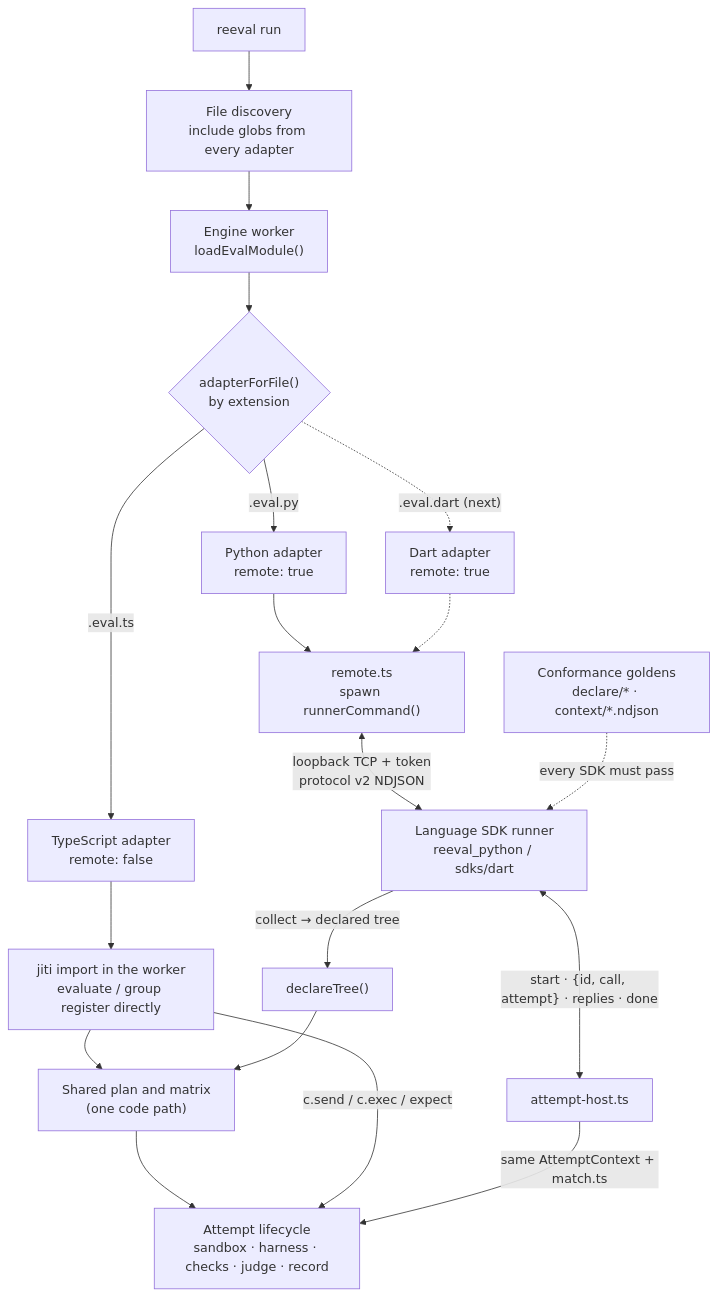
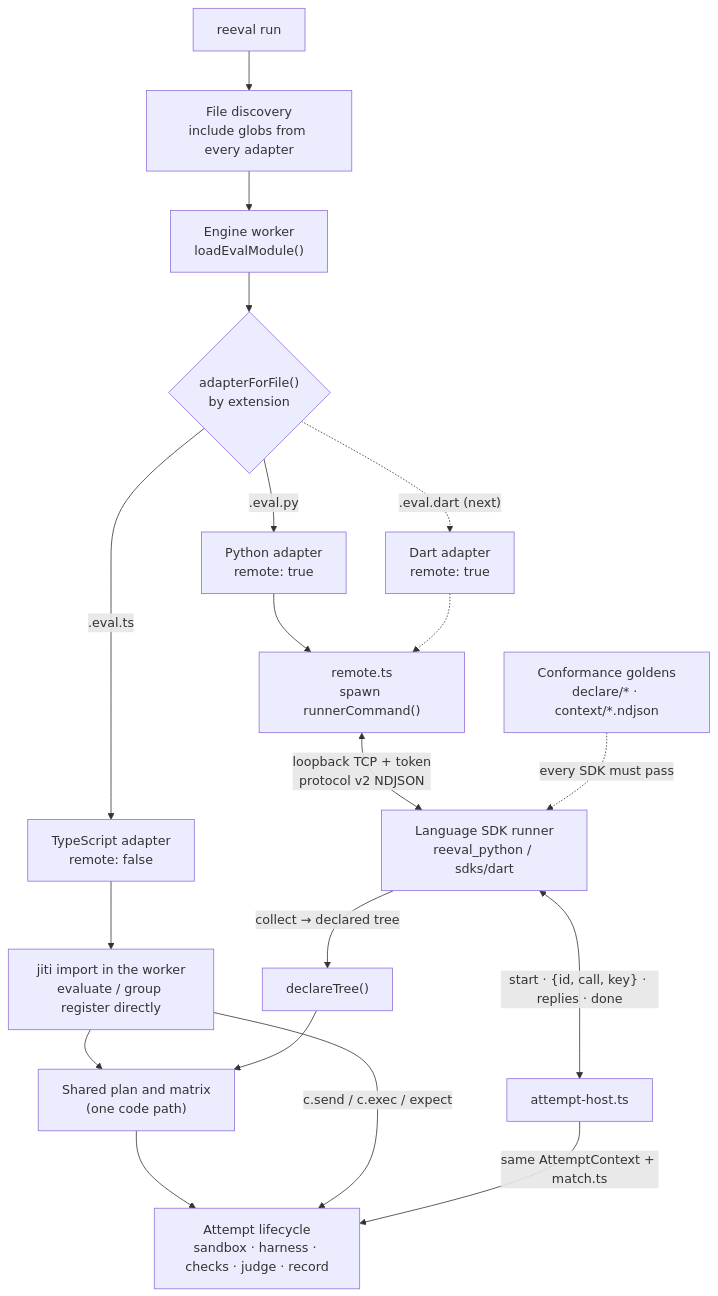
One commit to invertase/reeval changed the diagram in .agents/skills/add-a-language/SKILL.md. Above: the diagram before and after it, drawn with Mermaid. The commit also changed other lines of this file and 34 other files, not shown here.

````diff
--- a/.agents/skills/add-a-language/SKILL.md
+++ b/.agents/skills/add-a-language/SKILL.md
@@ -34,25 +34,25 @@
 ```mermaid
 flowchart TD
   CLI["reeval run"] --> Disc["File discovery<br/>include globs from every adapter"]
   Disc --> Worker["Engine worker<br/>loadEvalModule()"]
   Worker --> Pick{"adapterForFile()<br/>by extension"}
 
   Pick -->|".eval.ts"| TS["TypeScript adapter<br/>remote: false"]
   TS --> Jiti["jiti import in the worker<br/>evaluate / group register directly"]
 
   Pick -->|".eval.py"| Py["Python adapter<br/>remote: true"]
   Pick -.->|".eval.dart (next)"| Dart["Dart adapter<br/>remote: true"]
   Py --> Remote["remote.ts<br/>spawn runnerCommand()"]
   Dart -.-> Remote
   Remote <-->|"loopback TCP + token<br/>protocol v2 NDJSON"| SDK["Language SDK runner<br/>reeval_python / sdks/dart"]
   SDK -->|"collect → declared tree"| Declare["declareTree()"]
-  SDK <-->|"start · {id, call, attempt} · replies · done"| Host["attempt-host.ts"]
+  SDK <-->|"start · {id, call, key} · replies · done"| Host["attempt-host.ts"]
 
   Jiti --> Plan["Shared plan and matrix<br/>(one code path)"]
   Declare --> Plan
   Plan --> Attempt["Attempt lifecycle<br/>sandbox · harness · checks · judge · record"]
   Jiti -->|"c.send / c.exec / expect"| Attempt
   Host -->|"same AttemptContext + match.ts"| Attempt
 
   Conf["Conformance goldens<br/>declare/* · context/*.ndjson"] -. "every SDK must pass" .-> SDK
 ```
````
